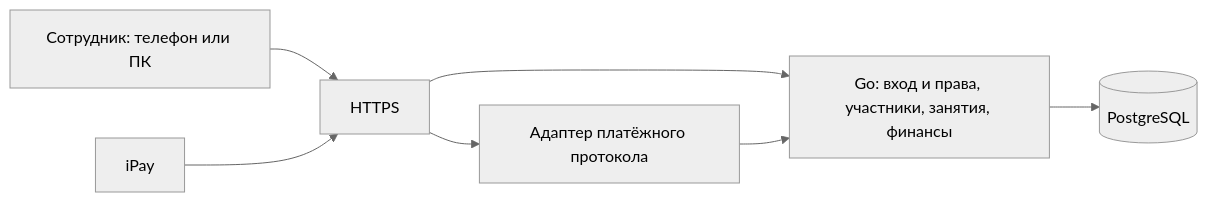
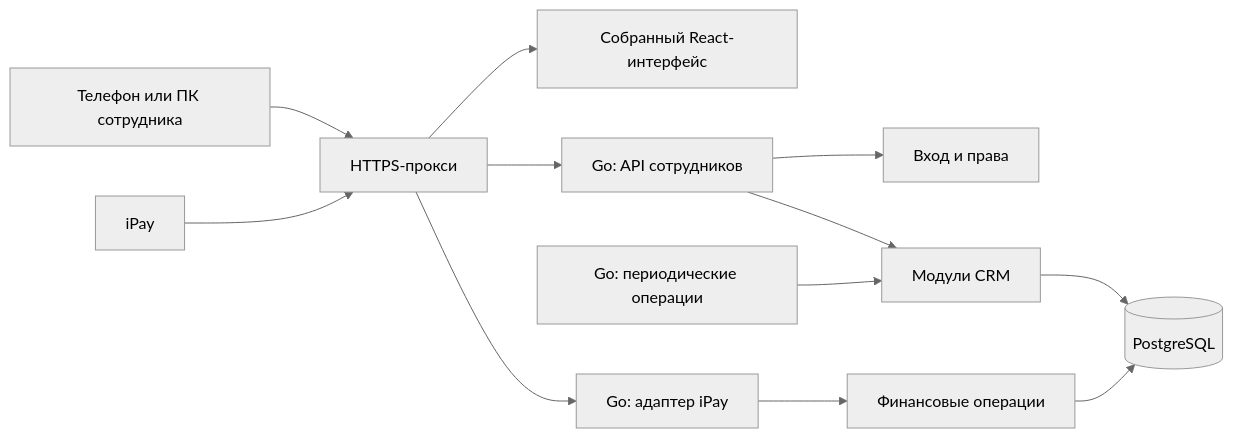
One commit to NikishGum/JudeOSLite changed the diagram in docs/architecture-v1.md. Above: the diagram before and after it, drawn with Mermaid (neutral theme). The commit also changed other lines of this file and 7 other files, not shown here.

Commit message:
docs: deliver CRM architecture, database model and planning prompt

````diff
--- a/docs/architecture-v1.md
+++ b/docs/architecture-v1.md
@@ -22,9 +64,14 @@
 ```mermaid
 flowchart LR
-    U[Сотрудник: телефон или ПК] --> H[HTTPS]
-    H --> A[Go: вход и права, участники, занятия, финансы]
-    A --> D[(PostgreSQL)]
-    I[iPay] --> H
-    H --> P[Адаптер платёжного протокола]
-    P --> A
+    Staff[Телефон или ПК сотрудника] --> Proxy[HTTPS-прокси]
+    Proxy --> UI[Собранный React-интерфейс]
+    Proxy --> API[Go: API сотрудников]
+    API --> Auth[Вход и права]
+    API --> Domain[Модули CRM]
+    Domain --> DB[(PostgreSQL)]
+    IPay[iPay] --> Proxy
+    Proxy --> Adapter[Go: адаптер iPay]
+    Adapter --> Finance[Финансовые операции]
+    Finance --> DB
+    Jobs[Go: периодические операции] --> Domain
 ```
````
